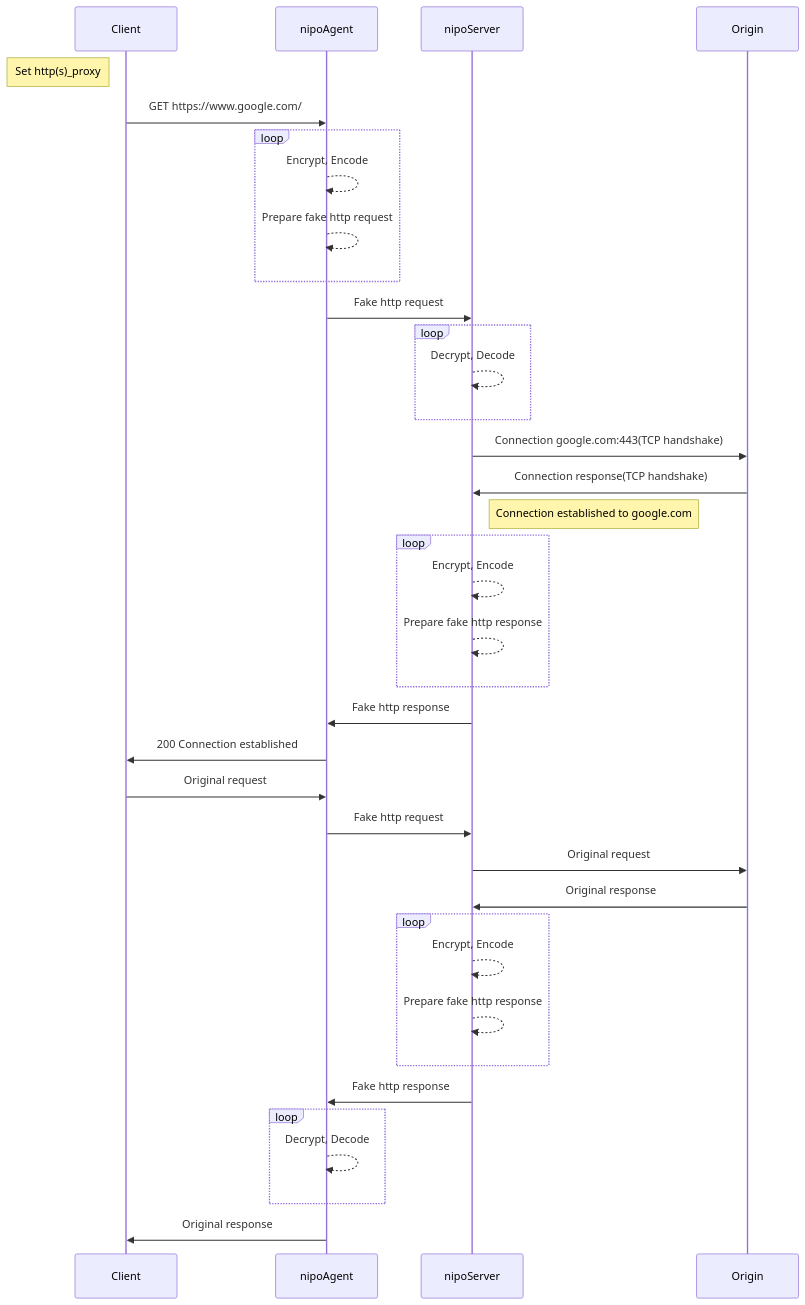
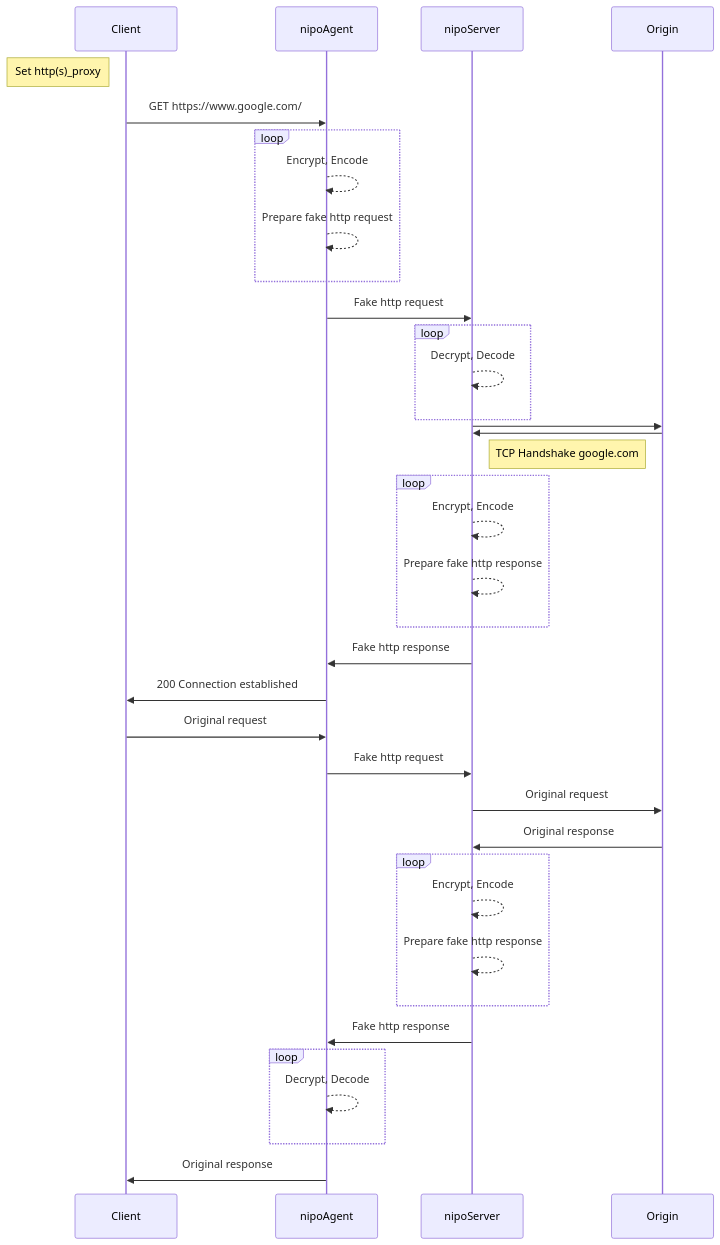
One commit to MortezaBashsiz/nipovpn changed the diagram in README.md. Above: the diagram before and after it, drawn with Mermaid.

Commit message:
Test Readme

````diff
--- a/README.md
+++ b/README.md
@@ -6,37 +6,37 @@
 ```mermaid
 sequenceDiagram
 Note left of Client: Set http(s)_proxy
 Client ->> nipoAgent: GET https://www.google.com/ 
 loop
     nipoAgent-->>nipoAgent: Encrypt, Encode
     nipoAgent-->>nipoAgent: Prepare fake http request
 end
 nipoAgent ->> nipoServer: Fake http request
 loop
     nipoServer-->>nipoServer: Decrypt, Decode
 end
-nipoServer ->> Origin: Connection google.com:443(TCP handshake)
-Origin ->> nipoServer: Connection response(TCP handshake)
-Note right of nipoServer: Connection established to google.com
+nipoServer ->> Origin:
+Origin ->> nipoServer:
+Note right of nipoServer: TCP Handshake google.com
 loop
     nipoServer-->>nipoServer: Encrypt, Encode
     nipoServer-->>nipoServer: Prepare fake http response
 end
 nipoServer ->> nipoAgent: Fake http response
 nipoAgent ->> Client: 200 Connection established
 Client ->> nipoAgent: Original request
 nipoAgent ->> nipoServer: Fake http request
 nipoServer ->> Origin: Original request
 Origin ->> nipoServer: Original response
 loop
     nipoServer-->>nipoServer: Encrypt, Encode
     nipoServer-->>nipoServer: Prepare fake http response
 end
 nipoServer ->> nipoAgent: Fake http response
 loop
     nipoAgent-->>nipoAgent: Decrypt, Decode
 end
 nipoAgent ->> Client: Original response
 
 
 ```
````
